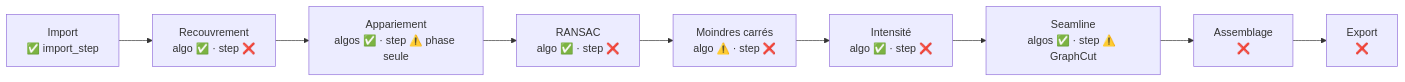
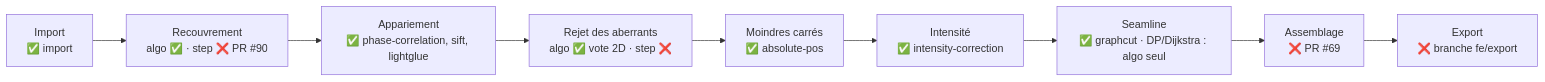
Before and after one commit to KIKIRPAProjet/KIKIRPA-CPP: the diagram in docs/CARTE_ARCHITECTURE.md, drawn with Mermaid. The commit also changed other lines of this file and 1 other file, not shown here.

````diff
--- a/docs/CARTE_ARCHITECTURE.md
+++ b/docs/CARTE_ARCHITECTURE.md
@@ -55,11 +55,11 @@
 ```mermaid
 flowchart LR
-    I[Import<br/>✅ import_step] --> R[Recouvrement<br/>algo ✅ · step ❌]
-    R --> M[Appariement<br/>algos ✅ · step ⚠️ phase seule]
-    M --> X[RANSAC<br/>algo ✅ · step ❌]
-    X --> L[Moindres carrés<br/>algo ⚠️ · step ❌]
-    L --> E[Intensité<br/>algo ✅ · step ❌]
-    E --> S[Seamline<br/>algos ✅ · step ⚠️ GraphCut]
-    S --> A[Assemblage<br/>❌]
-    A --> O[Export<br/>❌]
+    I[Import<br/>✅ import] --> R[Recouvrement<br/>algo ✅ · step ❌ PR #90]
+    R --> M[Appariement<br/>✅ phase-correlation, sift, lightglue]
+    M --> X[Rejet des aberrants<br/>algo ✅ vote 2D · step ❌]
+    X --> L[Moindres carrés<br/>✅ absolute-pos]
+    L --> E[Intensité<br/>✅ intensity-correction]
+    E --> S[Seamline<br/>✅ graphcut · DP/Dijkstra : algo seul]
+    S --> A[Assemblage<br/>❌ PR #69]
+    A --> O[Export<br/>❌ branche fe/export]
 ```
````
